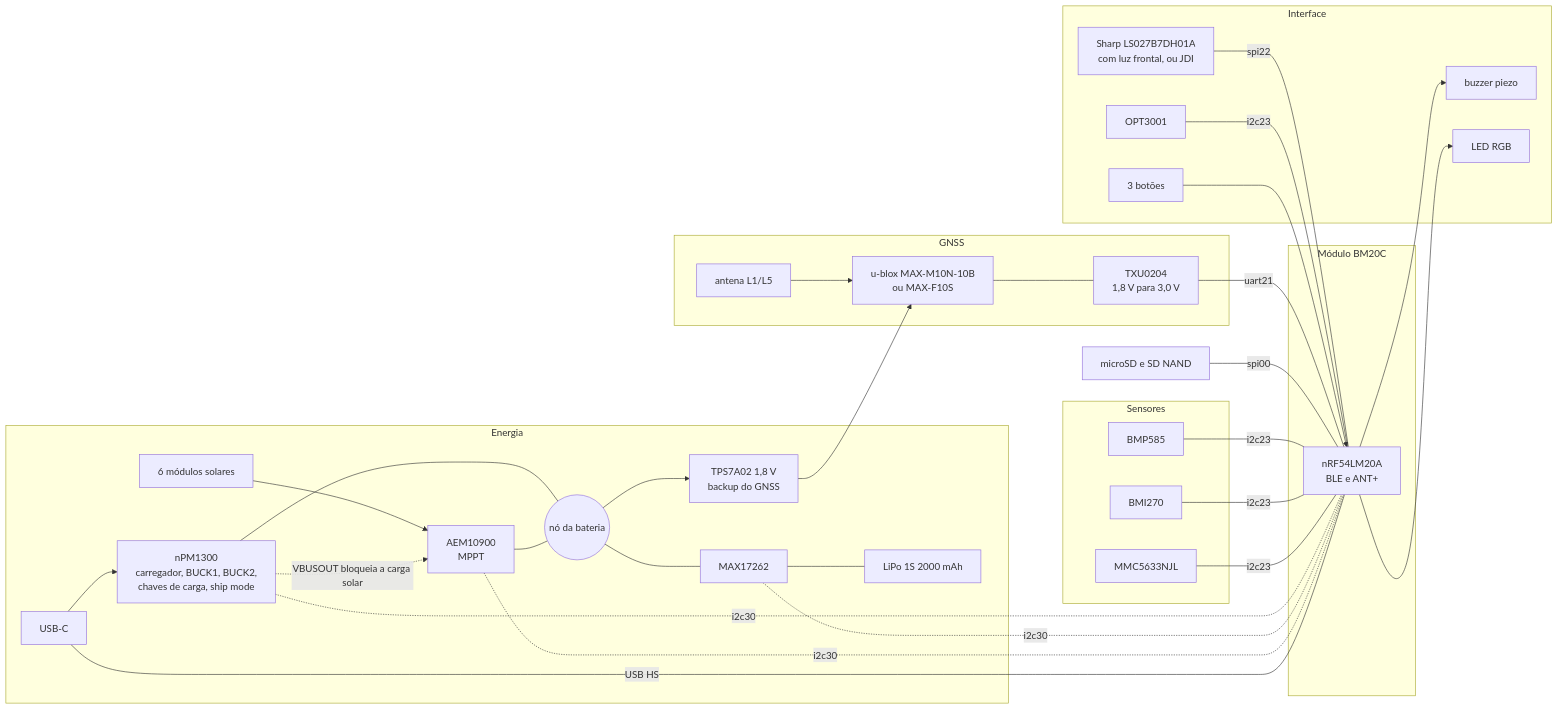
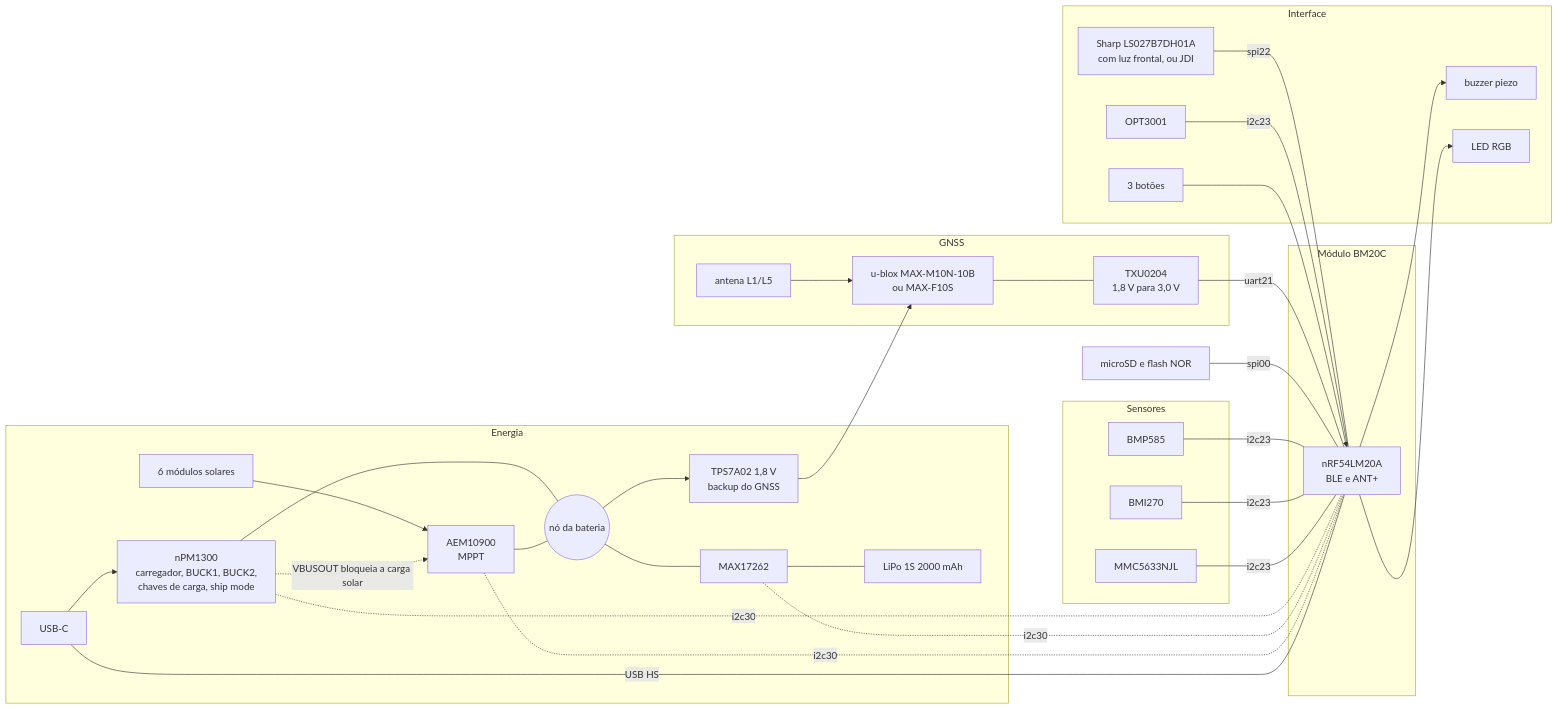
Before and after one commit to Guiimartinho/gnss-bike-computer: the first of 3 diagrams in docs/14-hardware-placa-nova.md, drawn with Mermaid. The commit also changed other lines of this file and 7 other files, not shown here.

First line of the commit message:
feat(board): store on soldered NOR flash instead of a card

````diff
--- a/docs/14-hardware-placa-nova.md
+++ b/docs/14-hardware-placa-nova.md
@@ -29,47 +29,47 @@
 ```mermaid
 flowchart LR
     subgraph PWR["Energia"]
         USBC["USB-C"] --> PMIC["nPM1300<br/>carregador, BUCK1, BUCK2,<br/>chaves de carga, ship mode"]
         PV["6 módulos solares"] --> HARV["AEM10900<br/>MPPT"]
         PMIC --- NODE(("nó da bateria"))
         HARV --- NODE
         PMIC -.->|"VBUSOUT bloqueia a carga solar"| HARV
         NODE --- GAUGE["MAX17262"] --- CELL["LiPo 1S 2000 mAh"]
         NODE --> BCK["TPS7A02 1,8 V<br/>backup do GNSS"]
     end
     subgraph CORE["Módulo BM20C"]
         MCU["nRF54LM20A<br/>BLE e ANT+"]
     end
     subgraph GNSSB["GNSS"]
         ANT["antena L1/L5"] --> GMOD["u-blox MAX-M10N-10B<br/>ou MAX-F10S"]
         GMOD --- XLAT["TXU0204<br/>1,8 V para 3,0 V"]
     end
     subgraph HMI["Interface"]
         LCD["Sharp LS027B7DH01A<br/>com luz frontal, ou JDI"]
         KEYS["3 botões"]
         BUZ["buzzer piezo"]
         LED["LED RGB"]
         ALS["OPT3001"]
     end
     subgraph SENS["Sensores"]
         BARO["BMP585"]
         IMU["BMI270"]
         MAG["MMC5633NJL"]
     end
-    SD["microSD e SD NAND"]
+    SD["microSD e flash NOR"]
     XLAT ---|"uart21"| MCU
     LCD ---|"spi22"| MCU
     SD ---|"spi00"| MCU
     BARO ---|"i2c23"| MCU
     IMU ---|"i2c23"| MCU
     MAG ---|"i2c23"| MCU
     ALS ---|"i2c23"| MCU
     PMIC -.-|"i2c30"| MCU
     GAUGE -.-|"i2c30"| MCU
     HARV -.-|"i2c30"| MCU
     USBC ---|"USB HS"| MCU
     KEYS --> MCU
     MCU --> BUZ
     MCU --> LED
     BCK --> GMOD
 ```
````
